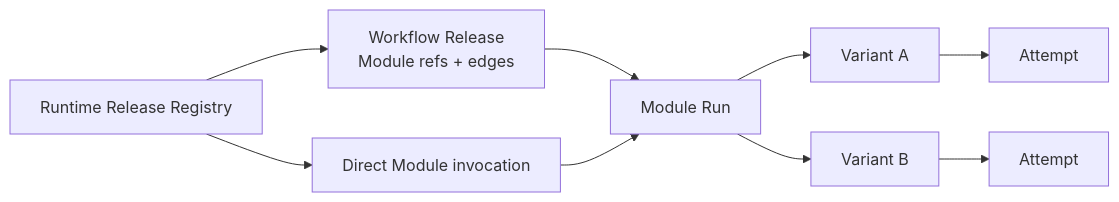
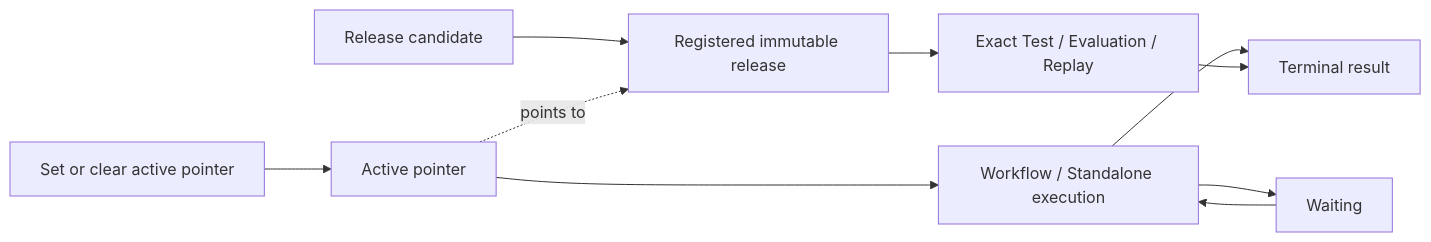
The second of 2 diagrams in src/agent_runtime/design_contract/agent_runtime_00_execution_charter.md (bobaoai/agent_runtime), drawn with Mermaid before and after one commit. The commit also changed other lines of this file and 80 other files, not shown here.

Commit message:
feat: close runtime registry slices 2a-2d

````diff
--- a/src/agent_runtime/design_contract/agent_runtime_00_execution_charter.md
+++ b/src/agent_runtime/design_contract/agent_runtime_00_execution_charter.md
@@ -102,11 +166,12 @@
 ```mermaid
 flowchart LR
-    REG["Runtime Release Registry"] --> GRAPH["Workflow Release<br/>Module refs + edges"]
-    REG --> DIRECT["Direct Module invocation"]
-    GRAPH --> RUN["Module Run"]
-    DIRECT --> RUN
-    RUN --> V1["Variant A"]
-    RUN --> V2["Variant B"]
-    V1 --> A1["Attempt"]
-    V2 --> A2["Attempt"]
+    C["Release candidate"] --> R["Registered immutable release"]
+    P["Set or clear active pointer"] --> A["Active pointer"]
+    A -. "points to" .-> R
+    A --> N["Workflow / Standalone execution"]
+    R --> X["Exact Test / Evaluation / Replay"]
+    N --> W["Waiting"]
+    W --> N
+    N --> T["Terminal result"]
+    X --> T
 ```
````
